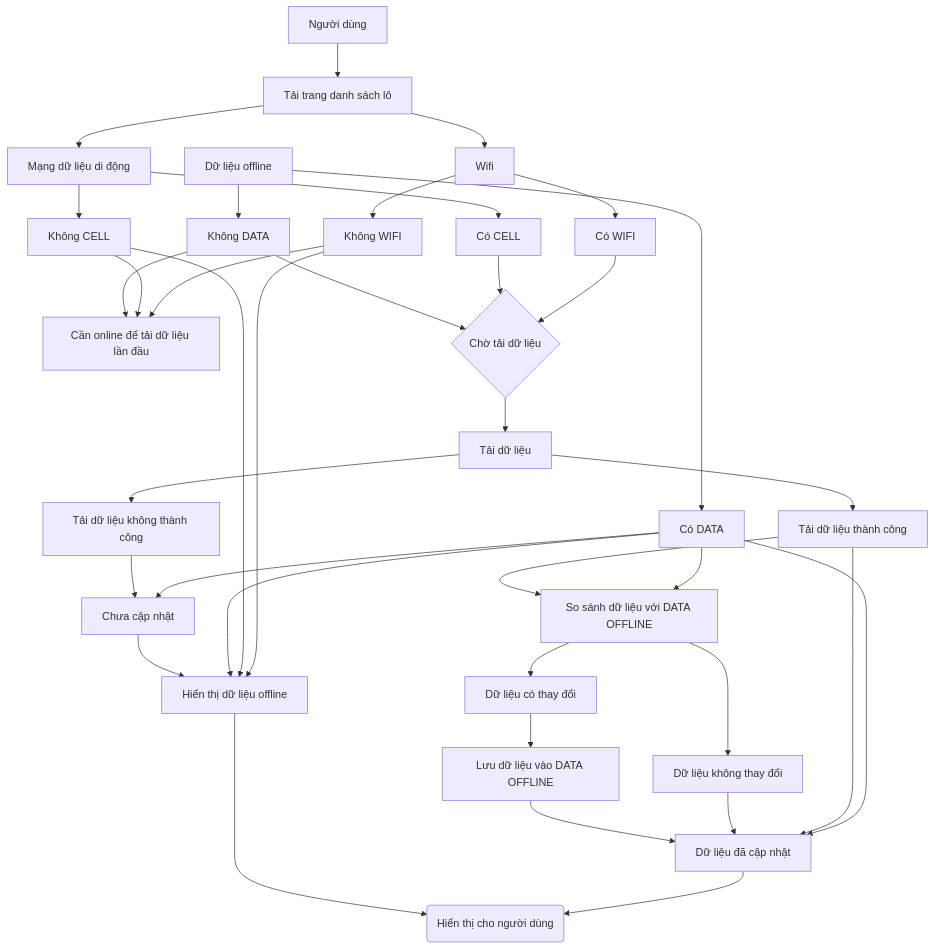
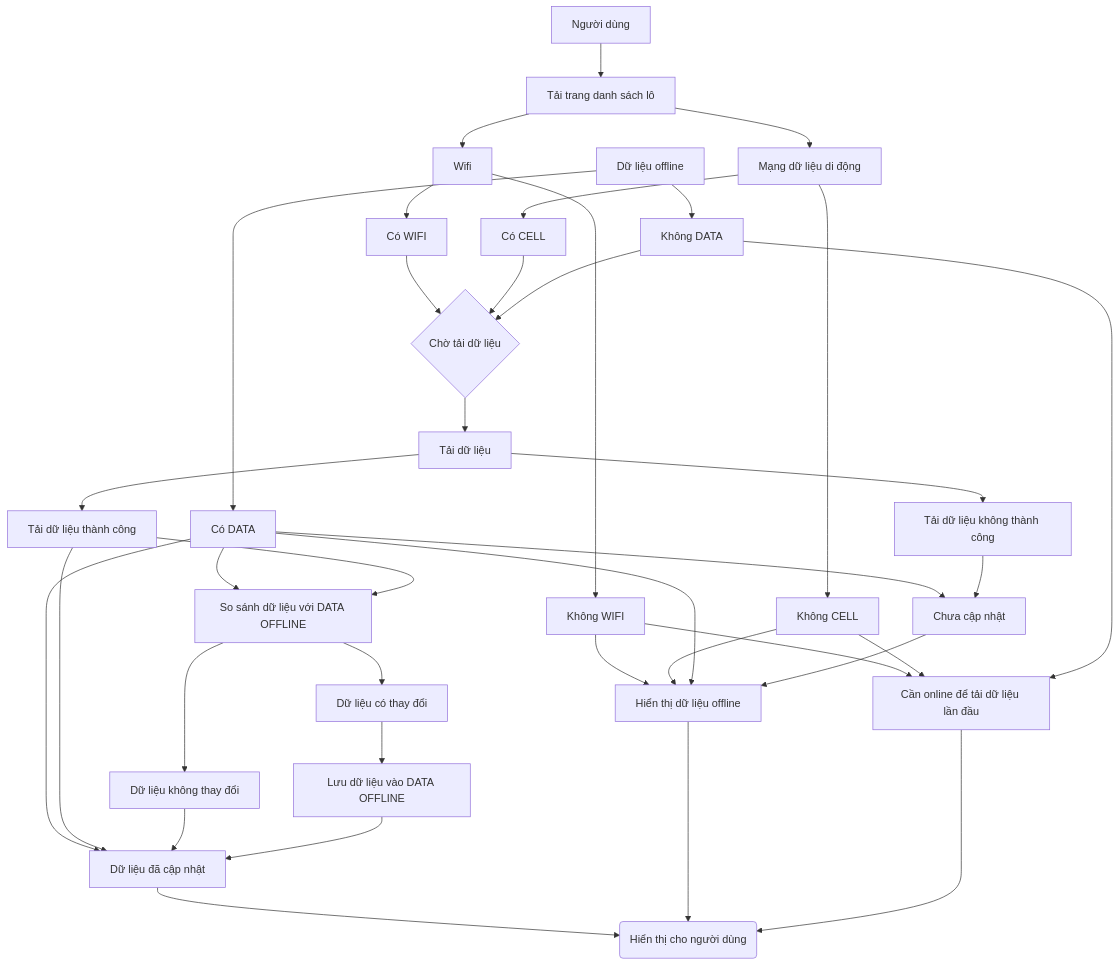
Before and after one commit to trethanhphat/tre-thanh-phat-pwa-docs: the diagram in docs/batches-flow.md, drawn with Mermaid.

````diff
--- a/docs/batches-flow.md
+++ b/docs/batches-flow.md
@@ -85,4 +85,5 @@
 
 SUCCESS --> DISPLAY
 OFFLINE --> DISPLAY
+EMPTY --> DISPLAY
 ```
````
